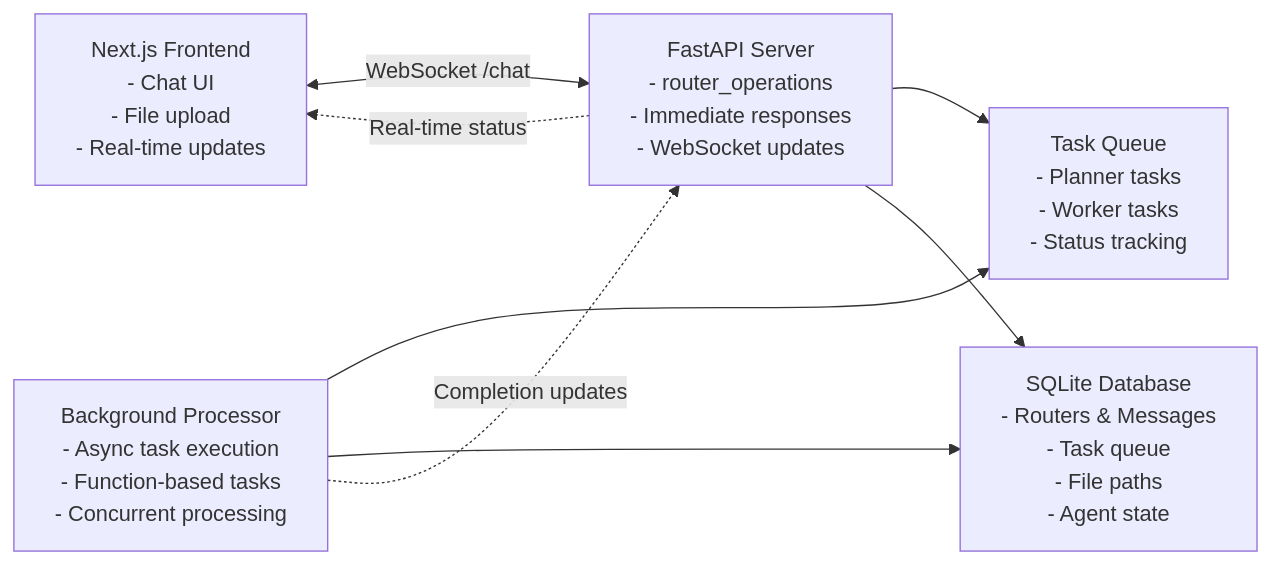
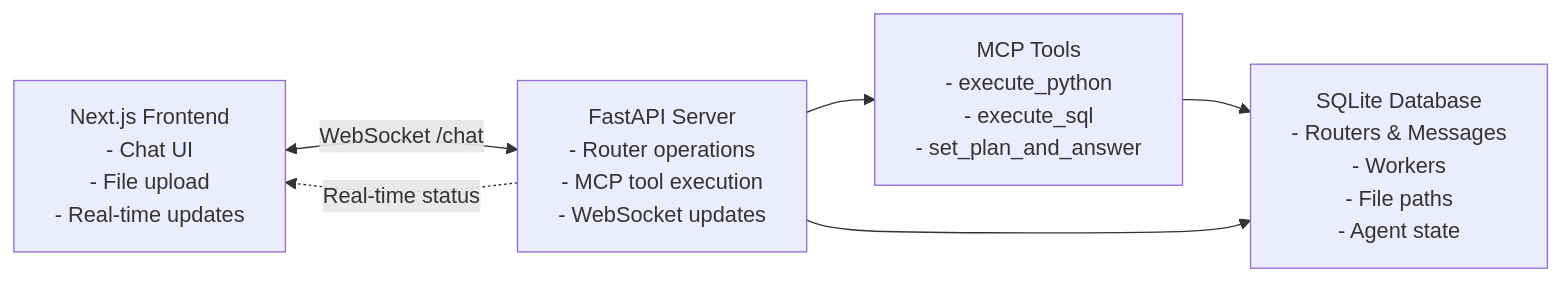
Before and after one commit to bryan-zxc/agent: the first of 4 diagrams in ARCHITECTURE.md, drawn with Mermaid. The commit also changed other lines of this file and 4 other files, not shown here.

First line of the commit message:
docs: Update all documentation for new frontend-orchestrated architecture

````diff
--- a/ARCHITECTURE.md
+++ b/ARCHITECTURE.md
@@ -8,16 +8,13 @@
 ```mermaid
 graph LR
-    A[Next.js Frontend<br/>- Chat UI<br/>- File upload<br/>- Real-time updates] 
-    B[FastAPI Server<br/>- router_operations<br/>- Immediate responses<br/>- WebSocket updates]
-    C[Background Processor<br/>- Async task execution<br/>- Function-based tasks<br/>- Concurrent processing]
-    D[Task Queue<br/>- Planner tasks<br/>- Worker tasks<br/>- Status tracking]
-    E[SQLite Database<br/>- Routers & Messages<br/>- Task queue<br/>- File paths<br/>- Agent state]
-    
+    A[Next.js Frontend<br/>- Chat UI<br/>- File upload<br/>- Real-time updates]
+    B[FastAPI Server<br/>- Router operations<br/>- MCP tool execution<br/>- WebSocket updates]
+    C[MCP Tools<br/>- execute_python<br/>- execute_sql<br/>- set_plan_and_answer]
+    D[SQLite Database<br/>- Routers & Messages<br/>- Workers<br/>- File paths<br/>- Agent state]
+
     A <-->|"WebSocket /chat"| B
+    B --> C
+    C --> D
     B --> D
-    C --> D
-    C --> E
-    B --> E
-    C -.->|"Completion updates"| B
     B -.->|"Real-time status"| A
 ```
````
